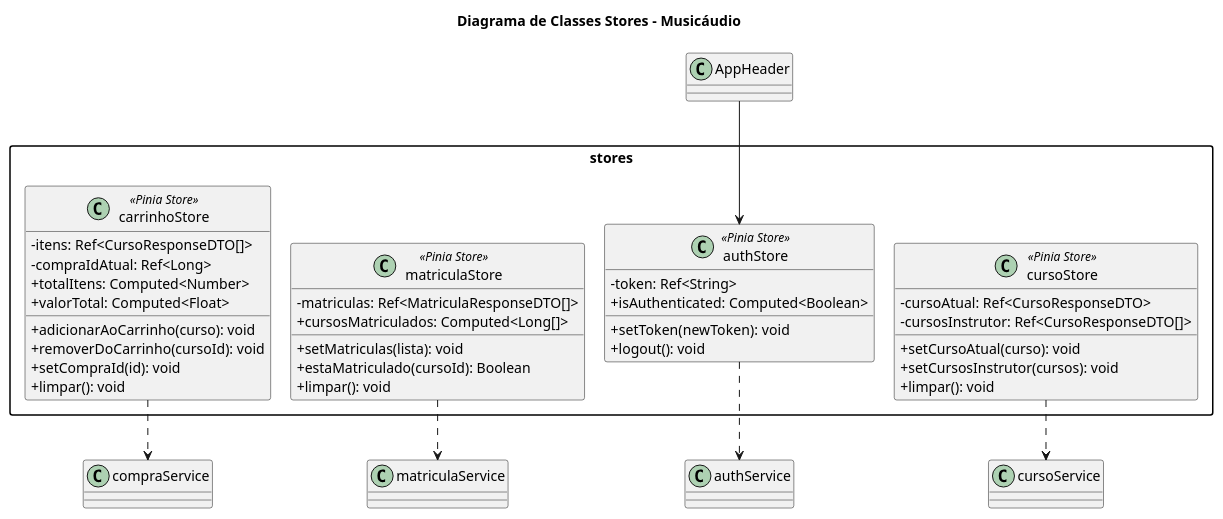
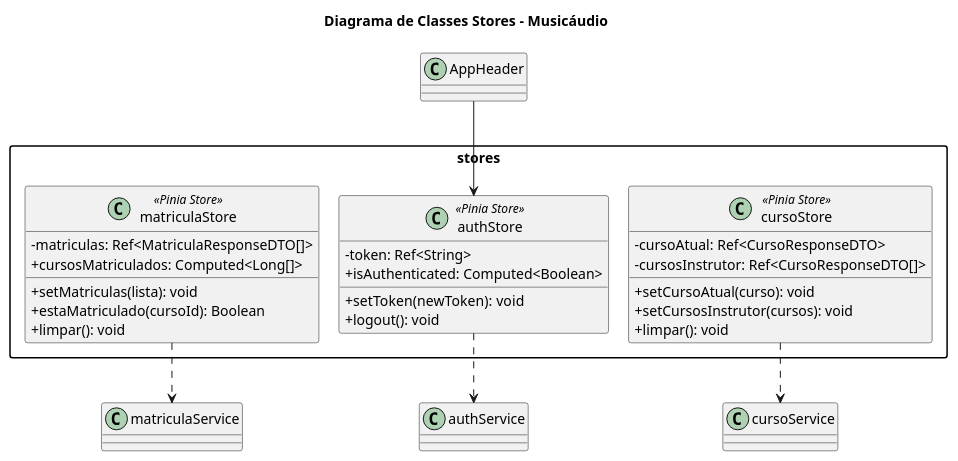
One commit to JorgeSkraba/Musicaudio_UML changed the diagram in Classe/FrontEnd/Stores.puml. Above: the diagram before and after it, drawn with PlantUML. The commit also changed 6 other files, not shown here.

```diff
--- a/Classe/FrontEnd/Stores.puml
+++ b/Classe/FrontEnd/Stores.puml
@@ -1,67 +1,54 @@
 @startuml
 
 title Diagrama de Classes Stores - Musicáudio
 
 !pragma layout elk
 
 left to right direction
 
 skinparam linetype ortho
 skinparam nodesep 120
 skinparam ranksep 150
 
 skinparam classAttributeIconSize 0
 skinparam packageStyle rectangle
 
 'PINIA STORE
 package "stores"{
 
     'AUTH
     class authStore <<Pinia Store>> {
         -token: Ref<String>
         +isAuthenticated: Computed<Boolean>
         +setToken(newToken): void
         +logout(): void
     }
 
     'CURSO
     class cursoStore <<Pinia Store>> {
         -cursoAtual: Ref<CursoResponseDTO>
         -cursosInstrutor: Ref<CursoResponseDTO[]>
         +setCursoAtual(curso): void
         +setCursosInstrutor(cursos): void
         +limpar(): void
     }
 
-    'CARRINHO 
-    class carrinhoStore <<Pinia Store>> {
-        -itens: Ref<CursoResponseDTO[]>
-        -compraIdAtual: Ref<Long>
-        +totalItens: Computed<Number>
-        +valorTotal: Computed<Float>
-        +adicionarAoCarrinho(curso): void
-        +removerDoCarrinho(cursoId): void
-        +setCompraId(id): void
-        +limpar(): void
-    }
-
     'MATRICULA
     class matriculaStore <<Pinia Store>> {
         -matriculas: Ref<MatriculaResponseDTO[]>
         +cursosMatriculados: Computed<Long[]>
         +setMatriculas(lista): void
         +estaMatriculado(cursoId): Boolean
         +limpar(): void
     }
 }
 
 'STORES -> SERVICES
 authStore ..> authService
 cursoStore ..> cursoService
 matriculaStore ..> matriculaService
-carrinhoStore ..> compraService
 
     'COMPONENTES --> AUTH STORE
 AppHeader --> authStore
 
 @enduml
```
